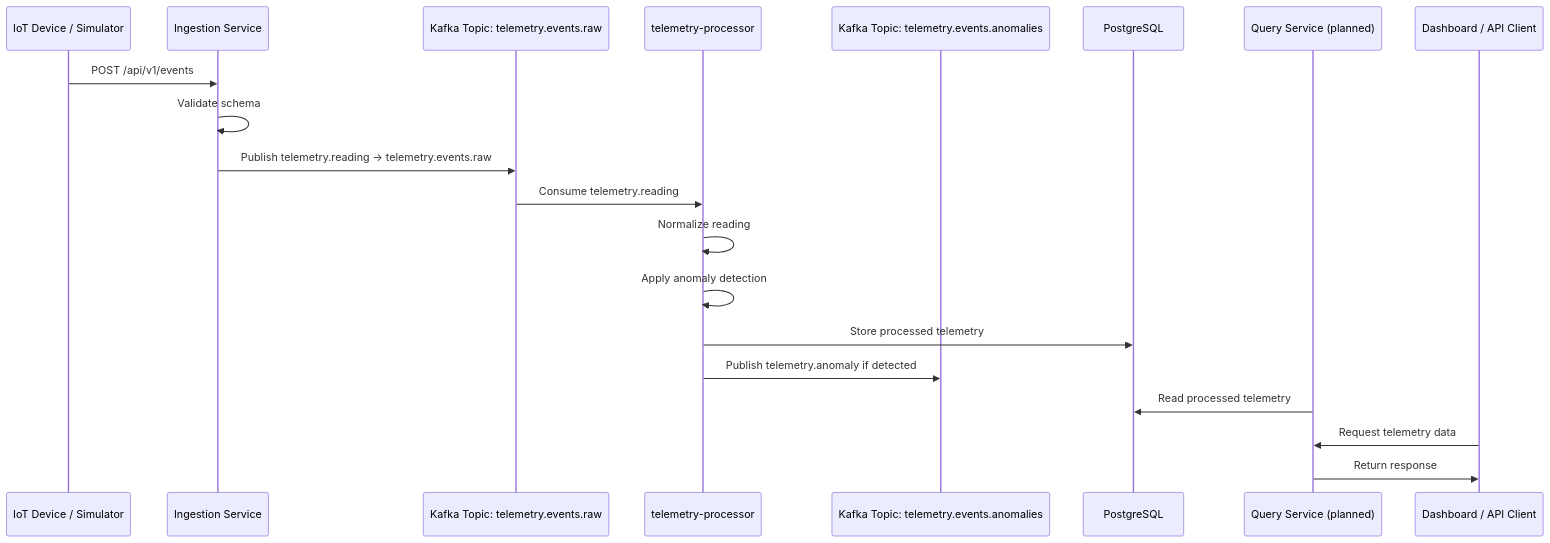
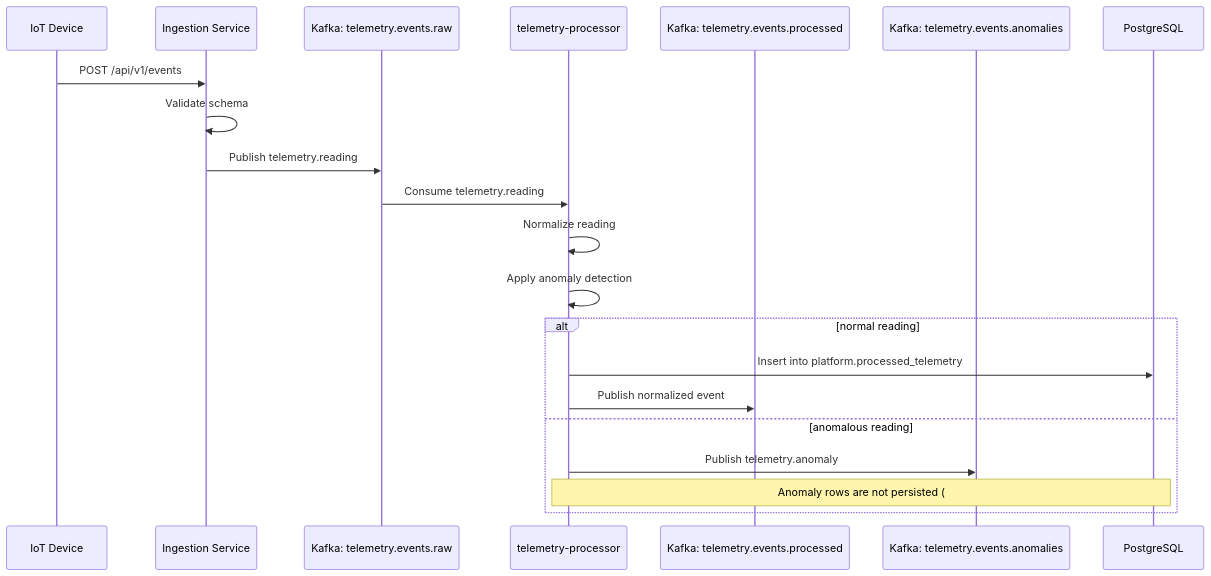
The first of 2 diagrams in docs/diagrams/event-flow.md (ME-Massine/pulsestream), drawn with Mermaid before and after one commit. The commit also changed other lines of this file and 14 other files, not shown here.

First line of the commit message:
docs: synchronize roadmap, project state, diagrams, and issue hierarchy (#261)

````diff
--- a/docs/diagrams/event-flow.md
+++ b/docs/diagrams/event-flow.md
@@ -5,23 +9,24 @@
 ```mermaid
 sequenceDiagram
-    participant Device as IoT Device / Simulator
+    participant Device as IoT Device
     participant Ingestion as Ingestion Service
-    participant Kafka as Kafka Topic: telemetry.events.raw
+    participant Raw as Kafka: telemetry.events.raw
     participant Processor as telemetry-processor
-    participant Anomalies as Kafka Topic: telemetry.events.anomalies
+    participant Processed as Kafka: telemetry.events.processed
+    participant Anomalies as Kafka: telemetry.events.anomalies
     participant DB as PostgreSQL
-    participant Query as Query Service (planned)
-    participant Dashboard as Dashboard / API Client
 
     Device->>Ingestion: POST /api/v1/events
     Ingestion->>Ingestion: Validate schema
-    Ingestion->>Kafka: Publish telemetry.reading → telemetry.events.raw
-    Kafka->>Processor: Consume telemetry.reading
+    Ingestion->>Raw: Publish telemetry.reading
+    Raw->>Processor: Consume telemetry.reading
     Processor->>Processor: Normalize reading
     Processor->>Processor: Apply anomaly detection
-    Processor->>DB: Store processed telemetry
-    Processor->>Anomalies: Publish telemetry.anomaly if detected
-    Query->>DB: Read processed telemetry
-    Dashboard->>Query: Request telemetry data
-    Query->>Dashboard: Return response
+    alt normal reading
+        Processor->>DB: Insert into platform.processed_telemetry
+        Processor->>Processed: Publish normalized event
+    else anomalous reading
+        Processor->>Anomalies: Publish telemetry.anomaly
+        Note over Processor,DB: Anomaly rows are not persisted (#267)
+    end
 ```
````
